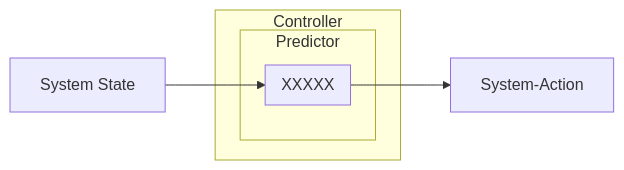
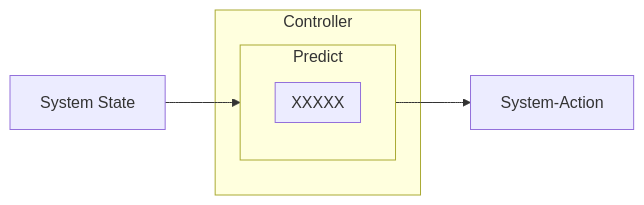
One commit to TW-Robotics/SAMYControl changed the third of 4 diagrams in README.md. Above: the diagram before and after it, drawn with Mermaid. The commit also changed other lines of this file, not shown here.

````diff
--- a/README.md
+++ b/README.md
@@ -27,11 +27,11 @@
 ```mermaid
 flowchart LR
   subgraph Controller
-      subgraph Predictor
+      subgraph Predict
             subgraph XXXXX
 	    end
       end
   end
-  A[System State] --> XXXXX
-  XXXXX --> B[System-Action]
+  A[System State] --> Predict
+  Predict --> B[System-Action]
 ```
````
